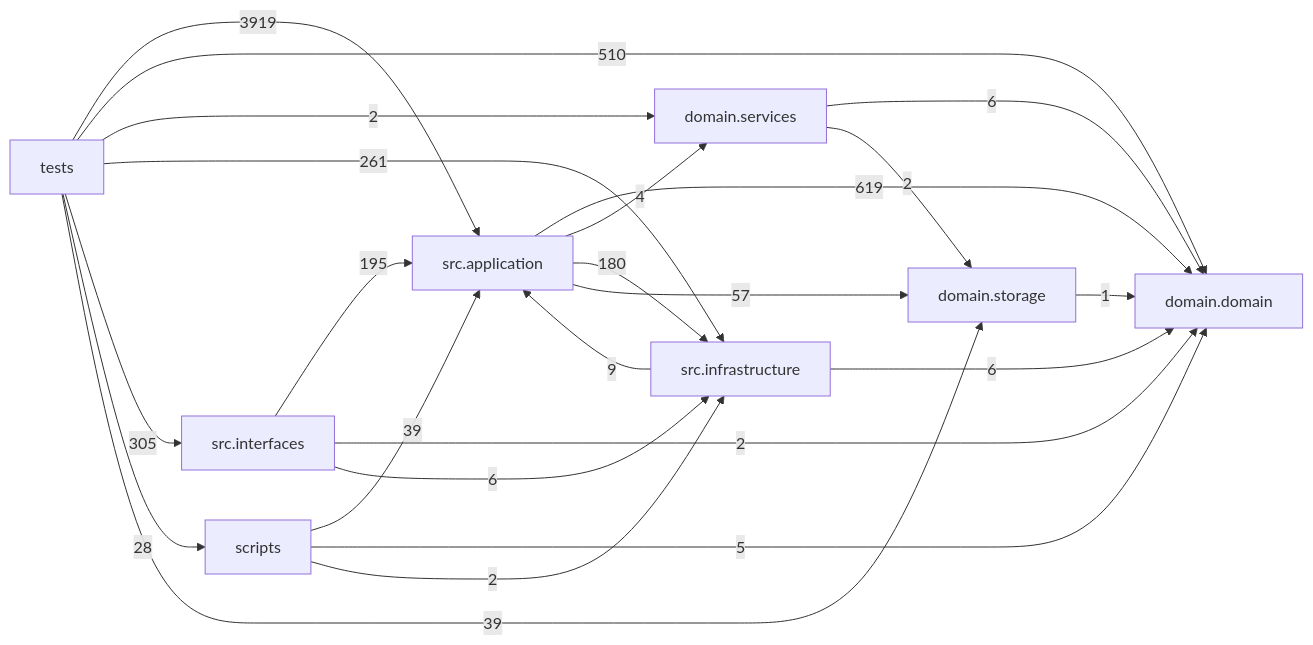
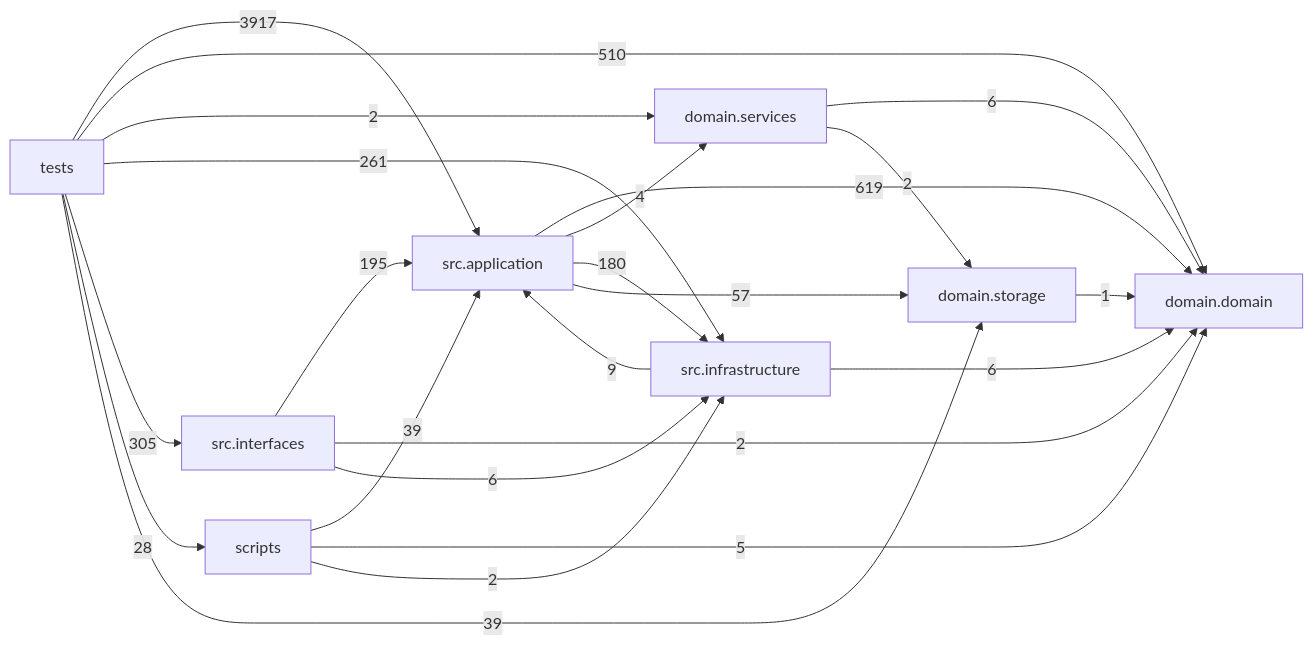
Before and after one commit to liuxie066/options-monitor: the diagram in docs/DEPENDENCY_GRAPH.md, drawn with Mermaid. The commit also changed other lines of this file and 1 other file, not shown here.

````diff
--- a/docs/DEPENDENCY_GRAPH.md
+++ b/docs/DEPENDENCY_GRAPH.md
@@ -24,33 +24,33 @@
 ```mermaid
 flowchart LR
   tests["tests"]
   scripts["scripts"]
   interfaces["src.interfaces"]
   application["src.application"]
   infrastructure["src.infrastructure"]
   domain_services["domain.services"]
   domain["domain.domain"]
   storage["domain.storage"]
   application -->|619| domain
   application -->|4| domain_services
   application -->|180| infrastructure
   application -->|57| storage
   domain_services -->|6| domain
   domain_services -->|2| storage
   infrastructure -->|9| application
   infrastructure -->|6| domain
   interfaces -->|195| application
   interfaces -->|2| domain
   interfaces -->|6| infrastructure
   scripts -->|39| application
   scripts -->|5| domain
   scripts -->|2| infrastructure
   storage -->|1| domain
-  tests -->|3919| application
+  tests -->|3917| application
   tests -->|510| domain
   tests -->|2| domain_services
   tests -->|261| infrastructure
   tests -->|305| interfaces
   tests -->|28| scripts
   tests -->|39| storage
 ```
````
